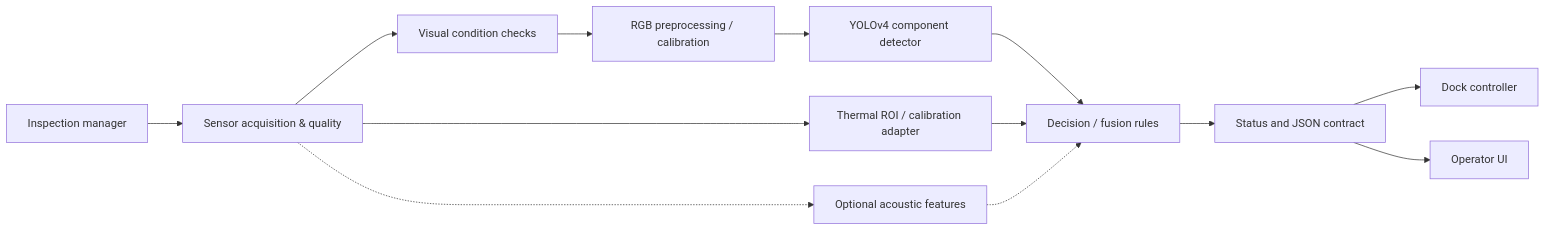
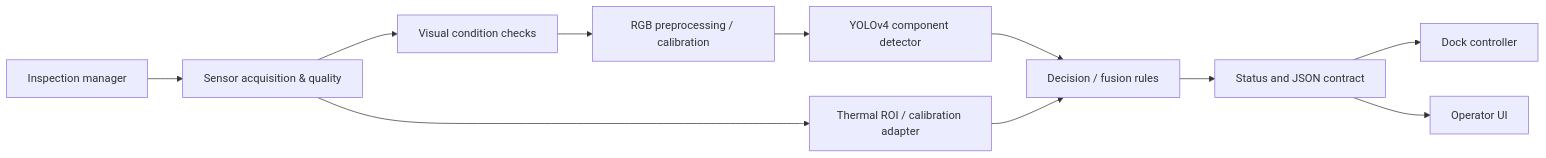
The second of 4 diagrams in Reports/II) Conceptual Design.md (TnTech-ECE/F26-Team-6), drawn with Mermaid before and after one commit. The commit also changed other lines of this file, not shown here.

````diff
--- a/Reports/II) Conceptual Design.md
+++ b/Reports/II) Conceptual Design.md
@@ -238,15 +255,13 @@
 ```mermaid
 flowchart LR
     A["Inspection manager"] --> B["Sensor acquisition & quality"]
     B --> C["Visual condition checks"]
     C --> D["RGB preprocessing / calibration"]
     D --> E["YOLOv4 component detector"]
     B --> F["Thermal ROI / calibration adapter"]
-    B -.-> G["Optional acoustic features"]
     E --> H["Decision / fusion rules"]
     F --> H
-    G -.-> H
     H --> I["Status and JSON contract"]
     I --> J["Dock controller"]
     I --> K["Operator UI"]
 ```
````
